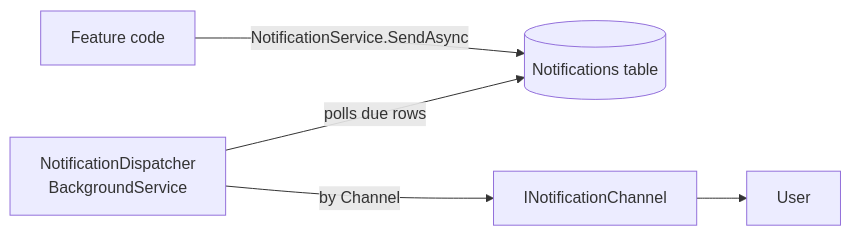
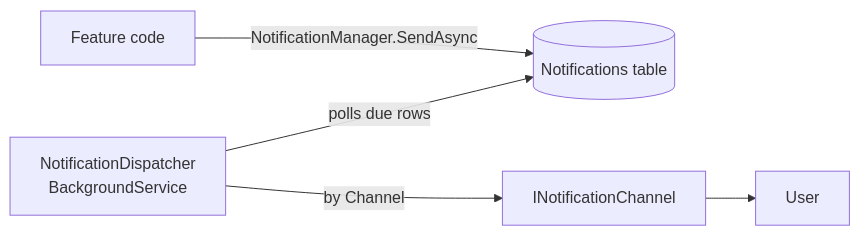
Before and after one commit to NotThaDev/KeepItSimple: the diagram in backend/docs/Notifications.md, drawn with Mermaid. The commit also changed other lines of this file and 5 other files, not shown here.

Commit message:
Implement notification system with NotificationManager and NotificationDispatcher

````diff
--- a/backend/docs/Notifications.md
+++ b/backend/docs/Notifications.md
@@ -6,7 +6,7 @@
 ```mermaid
 flowchart LR
-  Feature[Feature code] -->|NotificationService.SendAsync| Table[(Notifications table)]
+  Feature[Feature code] -->|NotificationManager.SendAsync| Table[(Notifications table)]
   Dispatcher[NotificationDispatcher<br/>BackgroundService] -->|polls due rows| Table
   Dispatcher -->|by Channel| Channel[INotificationChannel]
   Channel --> User[User]
 ```
````
